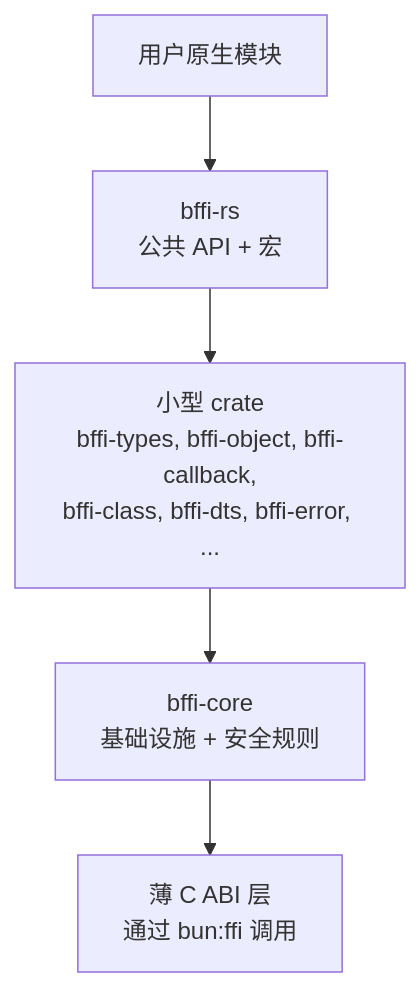
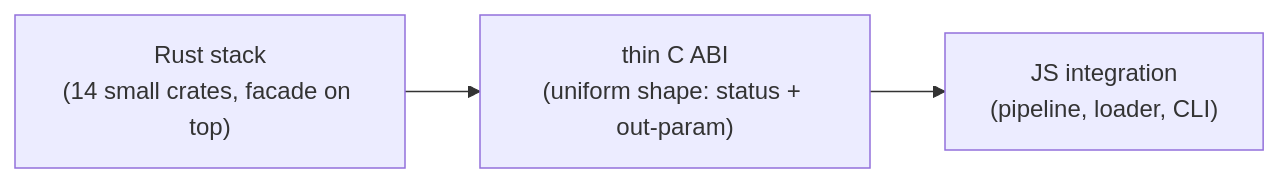
Before and after one commit to DotBlood/bffi-rs: the diagram in docs/i18n/zh-CN/DESIGN.md, drawn with Mermaid. The commit also changed other lines of this file and 17 other files, not shown here.

````diff
--- a/docs/i18n/zh-CN/DESIGN.md
+++ b/docs/i18n/zh-CN/DESIGN.md
@@ -63,10 +31,8 @@
 ```mermaid
-flowchart TB
-    U["用户原生模块"]
-    F["bffi-rs<br/>公共 API + 宏"]
-    S["小型 crate<br/>bffi-types, bffi-object, bffi-callback,<br/>bffi-class, bffi-dts, bffi-error, ..."]
-    C["bffi-core<br/>基础设施 + 安全规则"]
-    A["薄 C ABI 层<br/>通过 bun:ffi 调用"]
+flowchart LR
+    R["Rust stack<br/>(14 small crates, facade on top)"]
+    A["thin C ABI<br/>(uniform shape: status + out-param)"]
+    J["JS integration<br/>(pipeline, loader, CLI)"]
 
-    U --> F --> S --> C --> A
+    R --> A --> J
 ```
````
